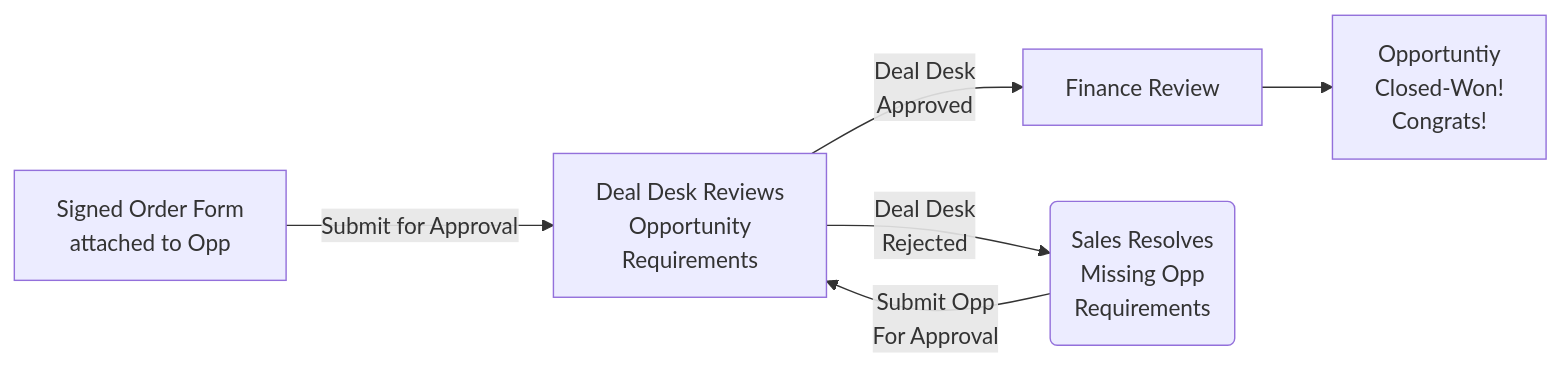
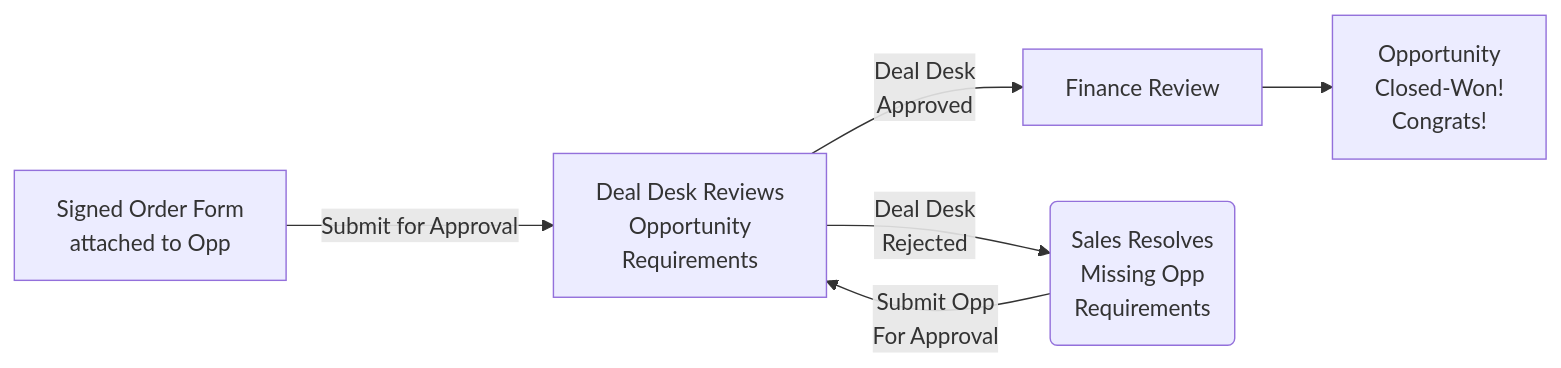
One commit to secretstartups/handbook changed the diagram in sales/field-operations/order-processing/index.html.md. Above: the diagram before and after it, drawn with Mermaid. The commit also changed other lines of this file, not shown here.

````diff
--- a/sales/field-operations/order-processing/index.html.md
+++ b/sales/field-operations/order-processing/index.html.md
@@ -872,10 +872,10 @@
 ```mermaid
 
 graph LR;
     A[Signed Order Form<br>attached to Opp] --> |Submit for Approval|B[Deal Desk Reviews<br>Opportunity<br>Requirements];
     B --> |Deal Desk<br>Approved|C[Finance Review];
     B --> |Deal Desk<br>Rejected|D(Sales Resolves<br>Missing Opp<br>Requirements);
     D --> |Submit Opp<br>For Approval|B
-    C --> F[Opportuntiy<br>Closed-Won!<br>Congrats! ];
+    C --> F[Opportunity<br>Closed-Won!<br>Congrats! ];
 
 ```
````
